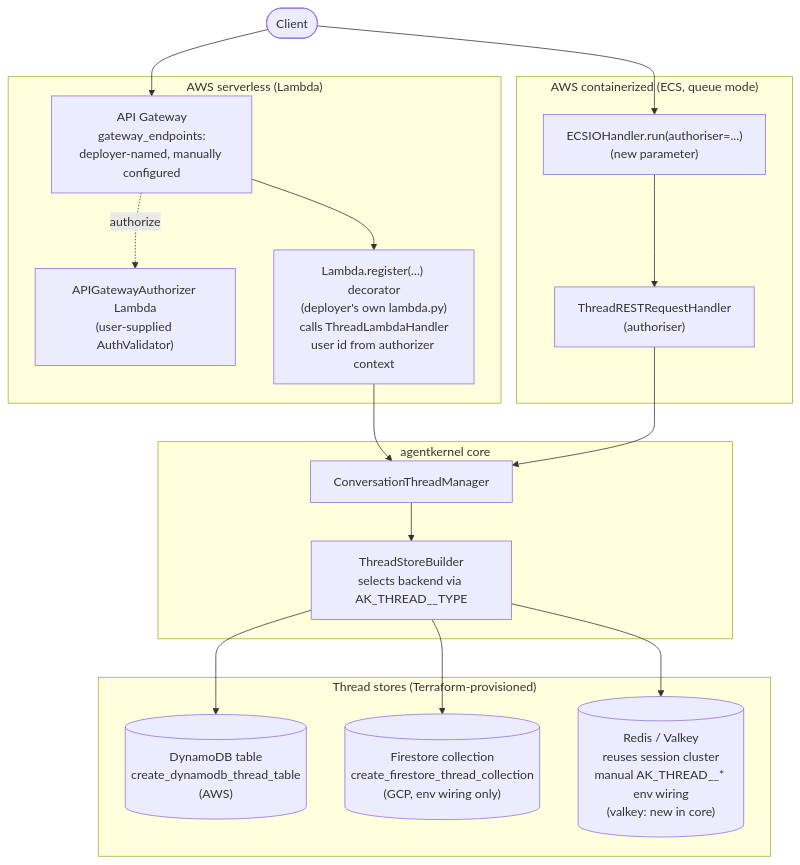
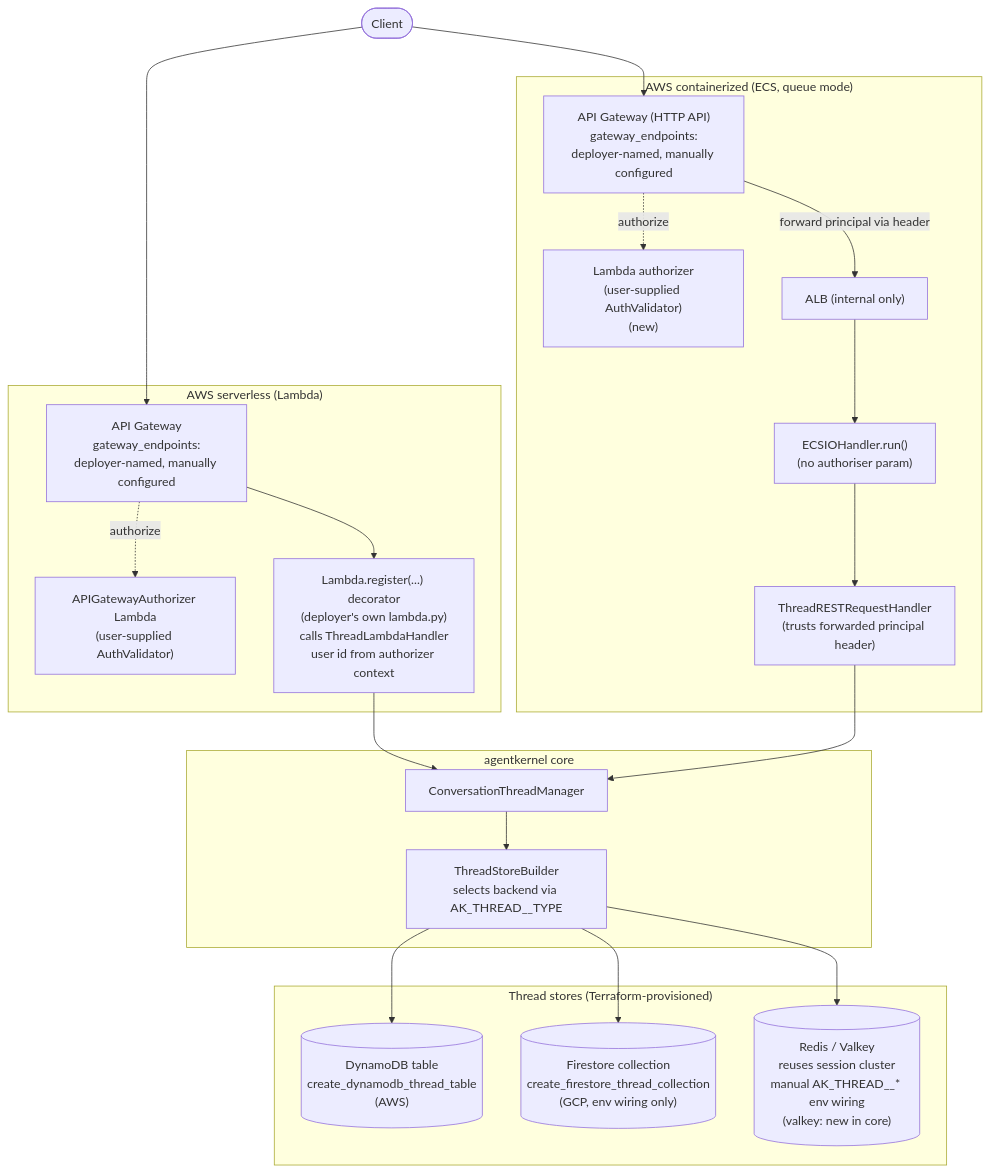
One commit to yaalalabs/agent-kernel changed the diagram in docs/specs/527-thread-deployment-authoriser/design.md. Above: the diagram before and after it, drawn with Mermaid. The commit also changed other lines of this file and 2 other files, not shown here.

````diff
--- a/docs/specs/527-thread-deployment-authoriser/design.md
+++ b/docs/specs/527-thread-deployment-authoriser/design.md
@@ -44,38 +61,44 @@
 ```mermaid
 flowchart TB
     Client([Client])
 
     subgraph sls["AWS serverless (Lambda)"]
         APIGW["API Gateway<br/>gateway_endpoints:<br/>deployer-named, manually configured"]
         AuthL["APIGatewayAuthorizer Lambda<br/>(user-supplied AuthValidator)"]
         AppL["Lambda.register(...) decorator<br/>(deployer's own lambda.py)<br/>calls ThreadLambdaHandler<br/>user id from authorizer context"]
         APIGW -.->|"authorize"| AuthL
         APIGW --> AppL
     end
 
     subgraph ecs["AWS containerized (ECS, queue mode)"]
-        IOH["ECSIOHandler.run(authoriser=...)<br/>(new parameter)"]
-        TRH["ThreadRESTRequestHandler<br/>(authoriser)"]
+        APIGW2["API Gateway (HTTP API)<br/>gateway_endpoints:<br/>deployer-named, manually configured"]
+        AuthL2["Lambda authorizer<br/>(user-supplied AuthValidator)<br/>(new)"]
+        ALB["ALB (internal only)"]
+        IOH["ECSIOHandler.run()<br/>(no authoriser param)"]
+        TRH["ThreadRESTRequestHandler<br/>(trusts forwarded principal header)"]
+        APIGW2 -.->|"authorize"| AuthL2
+        APIGW2 -->|"forward principal via header"| ALB
+        ALB --> IOH
         IOH --> TRH
     end
 
     subgraph core["agentkernel core"]
         CTM["ConversationThreadManager"]
         TSB["ThreadStoreBuilder<br/>selects backend via AK_THREAD__TYPE"]
         CTM --> TSB
     end
 
     subgraph stores["Thread stores (Terraform-provisioned)"]
         DDB[("DynamoDB table<br/>create_dynamodb_thread_table<br/>(AWS)")]
         FS[("Firestore collection<br/>create_firestore_thread_collection<br/>(GCP, env wiring only)")]
         RV[("Redis / Valkey<br/>reuses session cluster<br/>manual AK_THREAD__* env wiring<br/>(valkey: new in core)")]
     end
 
     Client --> APIGW
-    Client --> IOH
+    Client --> APIGW2
     AppL --> CTM
     TRH --> CTM
     TSB --> DDB
     TSB --> FS
     TSB --> RV
 ```
````
